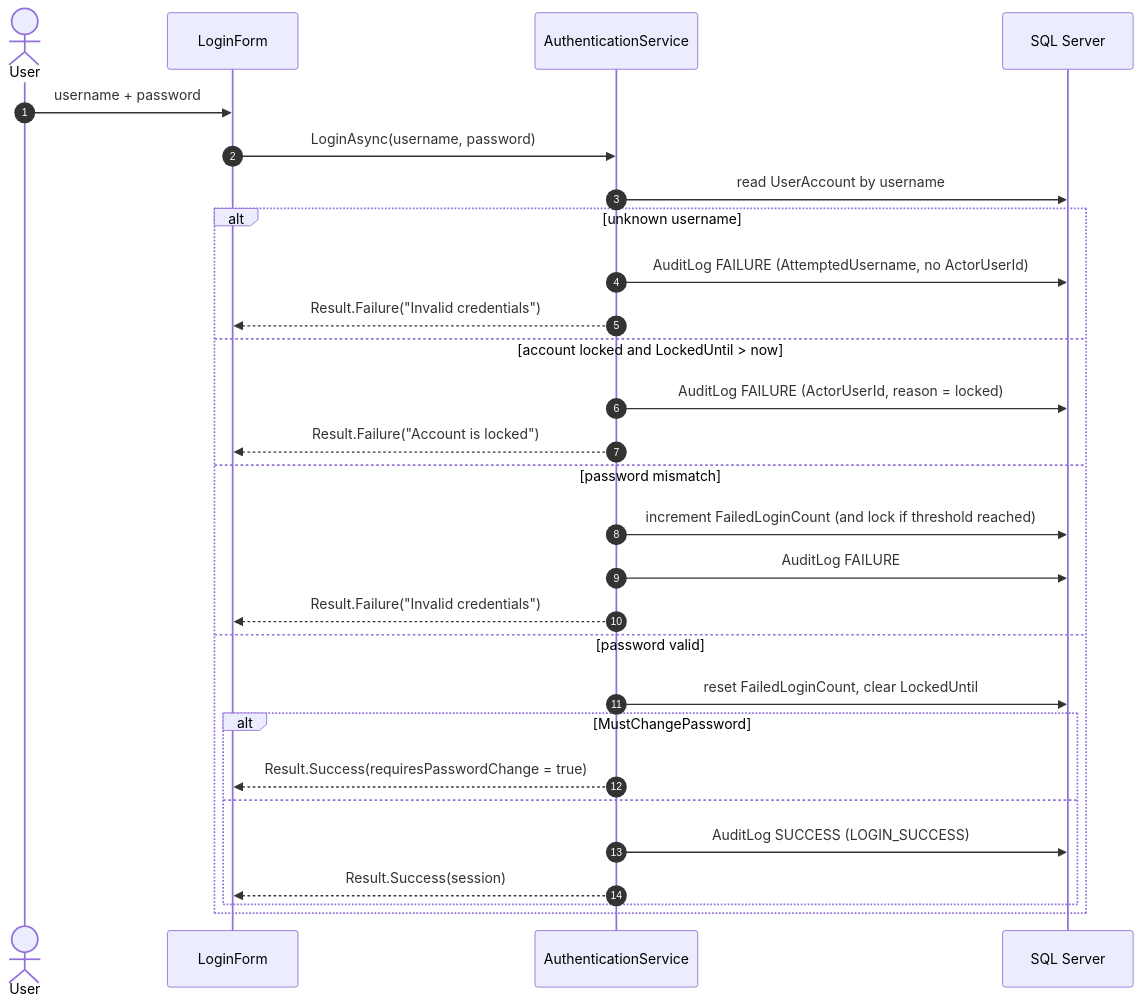
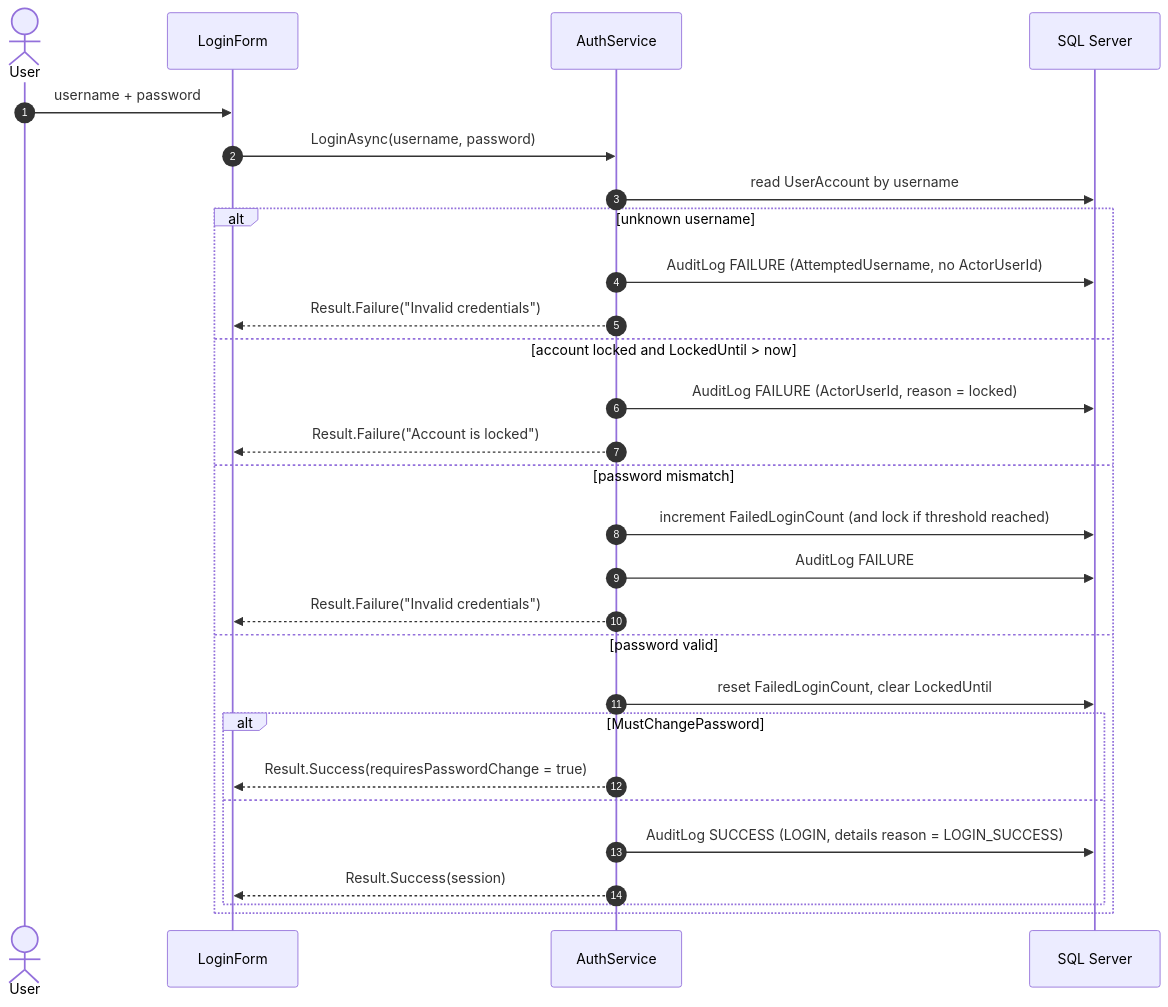
Before and after one commit to Bryan1805a/ARIS: the first of 11 diagrams in docs/06-runtime-view.md, drawn with Mermaid. The commit also changed other lines of this file and 18 other files, not shown here.

````diff
--- a/docs/06-runtime-view.md
+++ b/docs/06-runtime-view.md
@@ -15,31 +15,31 @@
 ```mermaid
 sequenceDiagram
     autonumber
     actor U as User
     participant F as LoginForm
-    participant S as AuthenticationService
+    participant S as AuthService
     participant DB as SQL Server
 
     U->>F: username + password
     F->>S: LoginAsync(username, password)
     S->>DB: read UserAccount by username
     alt unknown username
         S->>DB: AuditLog FAILURE (AttemptedUsername, no ActorUserId)
         S-->>F: Result.Failure("Invalid credentials")
     else account locked and LockedUntil > now
         S->>DB: AuditLog FAILURE (ActorUserId, reason = locked)
         S-->>F: Result.Failure("Account is locked")
     else password mismatch
         S->>DB: increment FailedLoginCount (and lock if threshold reached)
         S->>DB: AuditLog FAILURE
         S-->>F: Result.Failure("Invalid credentials")
     else password valid
         S->>DB: reset FailedLoginCount, clear LockedUntil
         alt MustChangePassword
             S-->>F: Result.Success(requiresPasswordChange = true)
         else
-            S->>DB: AuditLog SUCCESS (LOGIN_SUCCESS)
+            S->>DB: AuditLog SUCCESS (LOGIN, details reason = LOGIN_SUCCESS)
             S-->>F: Result.Success(session)
         end
     end
 ```
````
